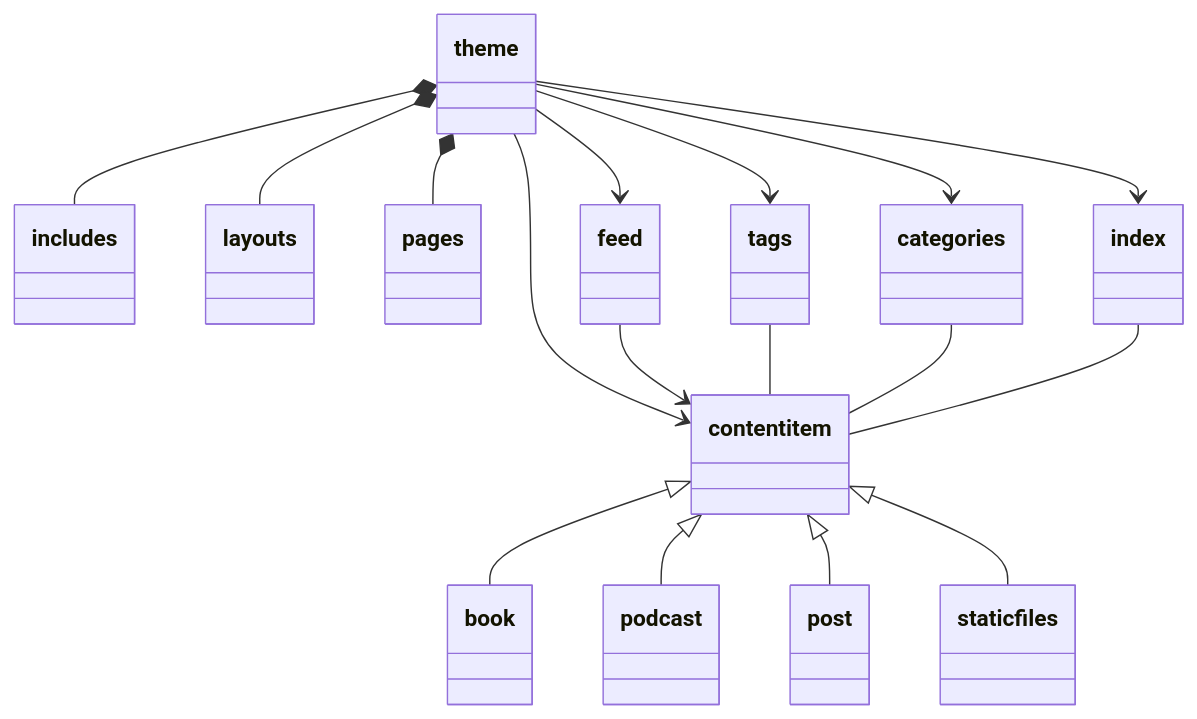
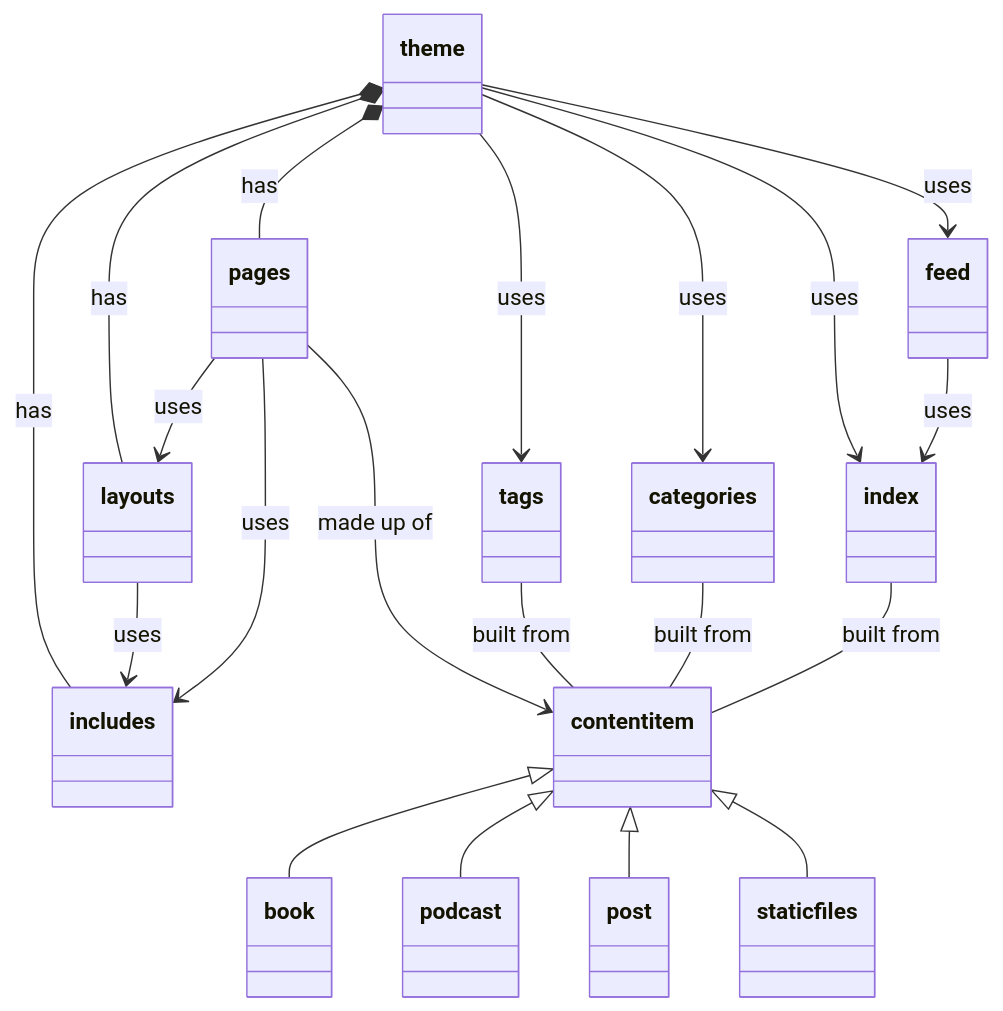
Before and after one commit to teggr/robintegg: the first of 2 diagrams in README.md, drawn with Mermaid. The commit also changed other lines of this file and 9 other files, not shown here.

````diff
--- a/README.md
+++ b/README.md
@@ -11,22 +11,29 @@
 ```mermaid
 classDiagram
-    theme --> contentitem
-    theme *-- includes
-    theme *-- layouts
-    theme *-- pages
-    theme --> feed
-    theme --> tags
-    theme --> categories
-    theme --> index
-    feed --> contentitem
+    
+    theme *-- includes : has
+    theme *-- layouts : has
+    theme *-- pages : has
+    theme --> feed : uses
+    theme --> tags : uses
+    theme --> categories : uses
+    theme --> index : uses
 
+    pages --> contentitem : made up of
+    
+    pages --> layouts : uses
+    layouts --> includes : uses
+    pages --> includes : uses
+    
     contentitem <|-- book
     contentitem <|-- podcast
     contentitem <|-- post
     contentitem <|-- staticfiles
     
-    tags -- contentitem 
-    categories -- contentitem 
-    index -- contentitem
+    tags -- contentitem : built from
+    categories -- contentitem  : built from
+    index -- contentitem : built from
+    
+    feed --> index : uses
     
 ```
````
